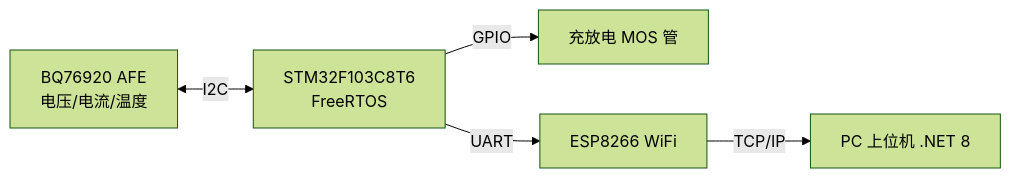
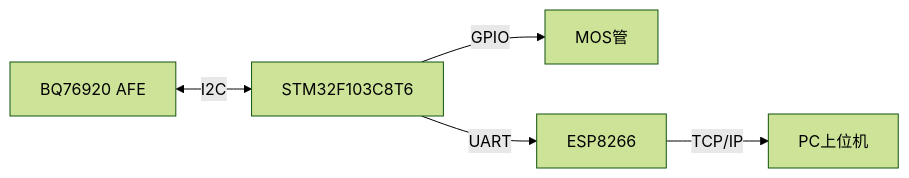
Before and after one commit to QingFeng616/QingFeng616.github.io: the first of 2 diagrams in docs/projects/BMS项目博客.md, drawn with Mermaid (forest theme). The commit also changed other lines of this file and 2 other files, not shown here.

Commit message:
修复表格加流程图

````diff
--- a/docs/projects/BMS项目博客.md
+++ b/docs/projects/BMS项目博客.md
@@ -13,7 +13,7 @@
 ```mermaid
 flowchart LR
-    A["BQ76920 AFE<br/>电压/电流/温度"] <-->|I2C| B["STM32F103C8T6<br/>FreeRTOS"]
-    B -->|GPIO| C["充放电 MOS 管"]
-    B -->|UART| D["ESP8266 WiFi"]
-    D -->|TCP/IP| E["PC 上位机 .NET 8"]
+    A["BQ76920 AFE"]<-->|I2C|B["STM32F103C8T6"]
+    B-->|GPIO|C["MOS管"]
+    B-->|UART|D["ESP8266"]
+    D-->|TCP/IP|E["PC上位机"]
 ```
````
